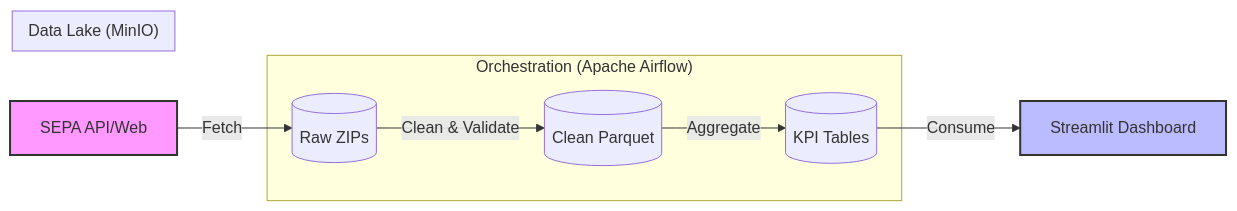
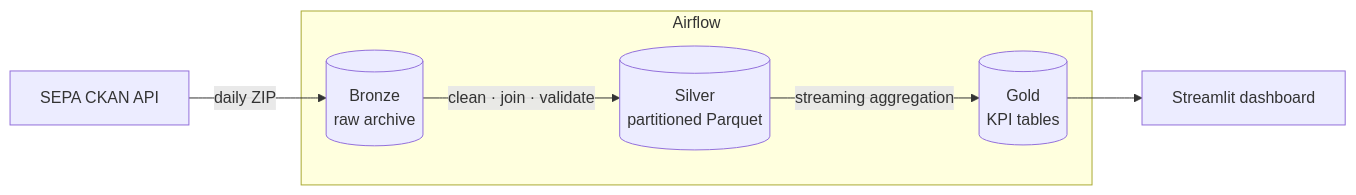
Before and after one commit to hugo9917/SEPA-Project: the diagram in README.md, drawn with Mermaid. The commit also changed other lines of this file and 37 other files, not shown here.

````diff
--- a/README.md
+++ b/README.md
@@ -19,23 +23,13 @@
 ```mermaid
 graph LR
-    A[SEPA API/Web] -->|Fetch| B(Bronze Layer)
-    B -->|Clean & Validate| C(Silver Layer)
-    C -->|Aggregate| D(Gold Layer)
-    
-    subgraph "Orchestration (Apache Airflow)"
-    B
-    C
-    D
+    A[SEPA CKAN API] -->|daily ZIP| B[(Bronze<br/>raw archive)]
+    B -->|clean · join · validate| C[(Silver<br/>partitioned Parquet)]
+    C -->|streaming aggregation| D[(Gold<br/>KPI tables)]
+    D --> E[Streamlit dashboard]
+
+    subgraph Airflow
+      B
+      C
+      D
     end
-    
-    subgraph "Data Lake (MinIO)"
-    B[(Raw ZIPs)]
-    C[(Clean Parquet)]
-    D[(KPI Tables)]
-    end
-    
-    D -->|Consume| E[Streamlit Dashboard]
-    
-    style A fill:#f9f,stroke:#333,stroke-width:2px
-    style E fill:#bbf,stroke:#333,stroke-width:2px
 ```
````
